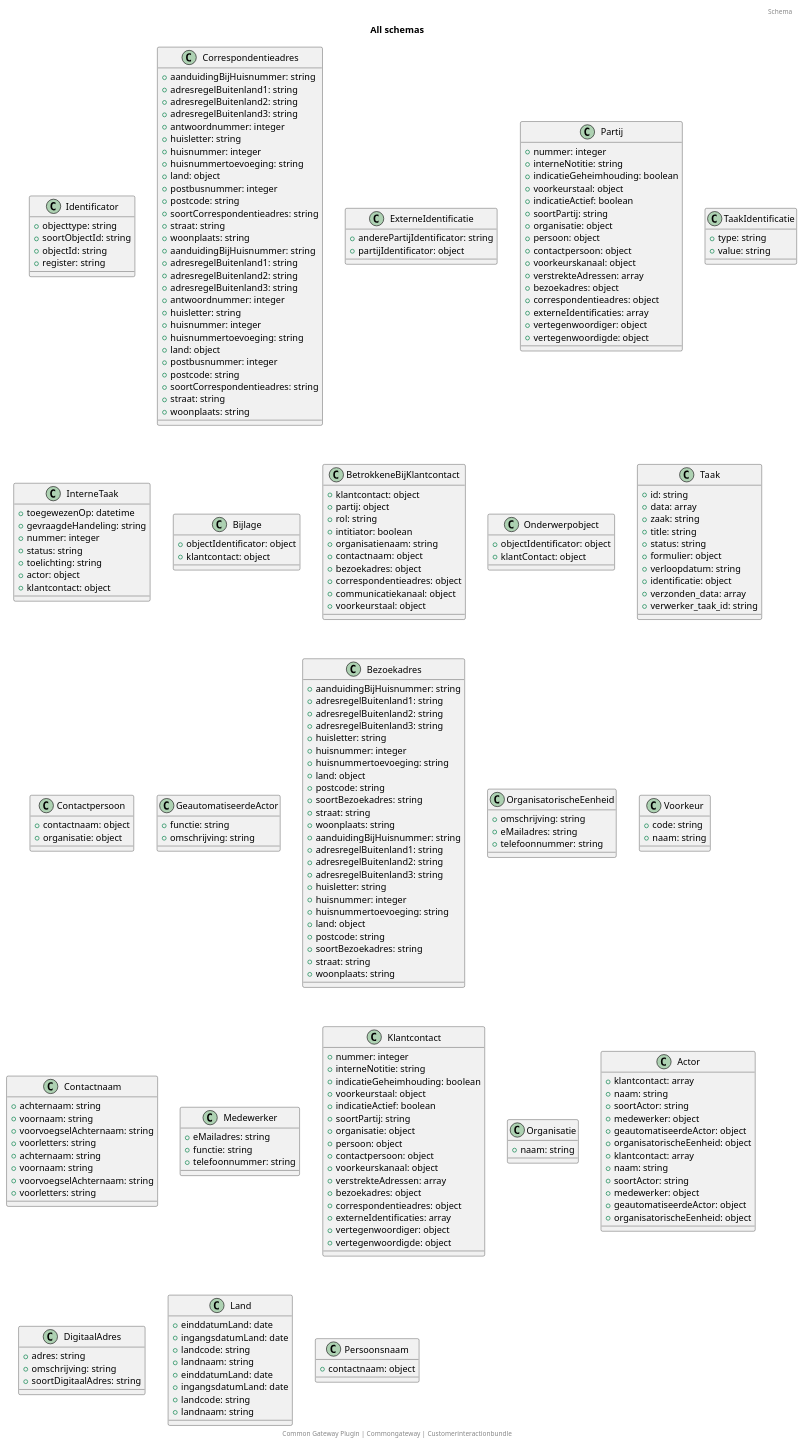
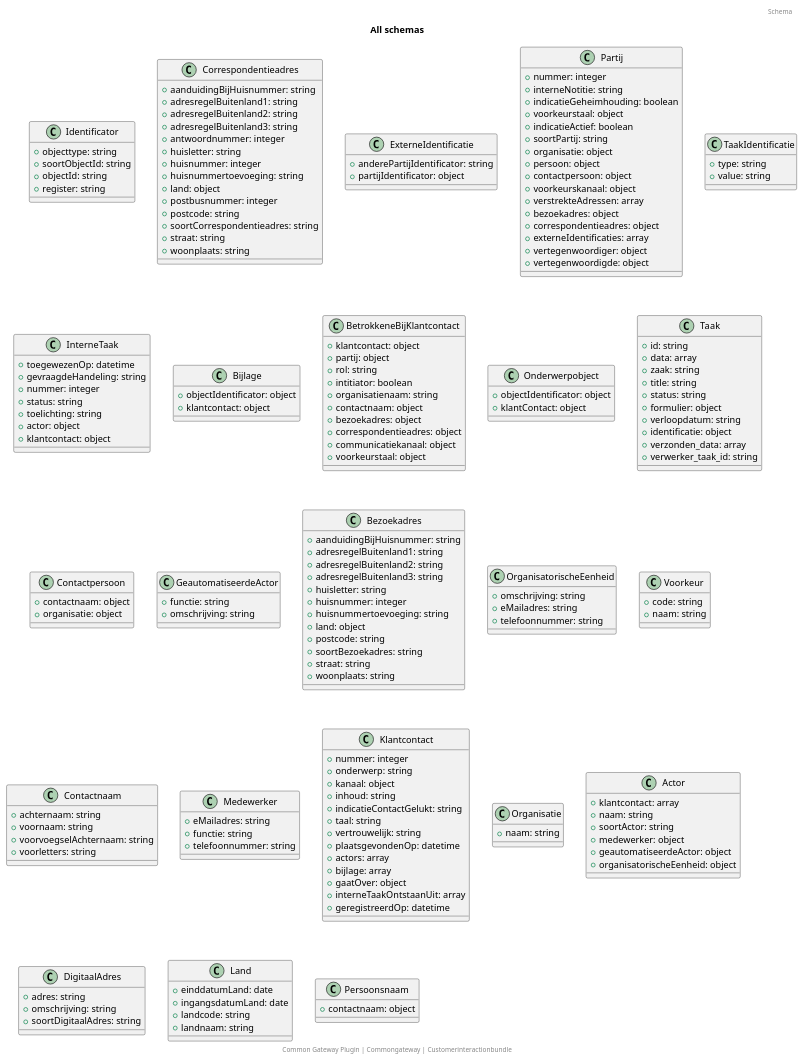
Before and after one commit to CommonGateway/CustomerInteractionBundle: the diagram in docs/schema/all_schema_classes.puml, drawn with PlantUML.

Commit message:
Add generated puml,svg,md and README files based on plugin installation files

```diff
--- a/docs/schema/all_schema_classes.puml
+++ b/docs/schema/all_schema_classes.puml
@@ -135,21 +135,18 @@
 }
 class Klantcontact {
   + nummer: integer
-  + interneNotitie: string
-  + indicatieGeheimhouding: boolean
-  + voorkeurstaal: object
-  + indicatieActief: boolean
-  + soortPartij: string
-  + organisatie: object
-  + persoon: object
-  + contactpersoon: object
-  + voorkeurskanaal: object
-  + verstrekteAdressen: array
-  + bezoekadres: object
-  + correspondentieadres: object
-  + externeIdentificaties: array
-  + vertegenwoordiger: object
-  + vertegenwoordigde: object
+  + onderwerp: string
+  + kanaal: object
+  + inhoud: string
+  + indicatieContactGelukt: string
+  + taal: string
+  + vertrouwelijk: string
+  + plaatsgevondenOp: datetime
+  + actors: array
+  + bijlage: array
+  + gaatOver: object
+  + interneTaakOntstaanUit: array
+  + geregistreerdOp: datetime
 }
 class Organisatie {
   + naam: string
@@ -176,54 +173,4 @@
 class Persoonsnaam {
   + contactnaam: object
 }
-class Correspondentieadres {
-  + aanduidingBijHuisnummer: string
-  + adresregelBuitenland1: string
-  + adresregelBuitenland2: string
-  + adresregelBuitenland3: string
-  + antwoordnummer: integer
-  + huisletter: string
-  + huisnummer: integer
-  + huisnummertoevoeging: string
-  + land: object
-  + postbusnummer: integer
-  + postcode: string
-  + soortCorrespondentieadres: string
-  + straat: string
-  + woonplaats: string
-}
-class Actor {
-  + klantcontact: array
-  + naam: string
-  + soortActor: string
-  + medewerker: object
-  + geautomatiseerdeActor: object
-  + organisatorischeEenheid: object
-}
-class Contactnaam {
-  + achternaam: string
-  + voornaam: string
-  + voorvoegselAchternaam: string
-  + voorletters: string
-}
-class Bezoekadres {
-  + aanduidingBijHuisnummer: string
-  + adresregelBuitenland1: string
-  + adresregelBuitenland2: string
-  + adresregelBuitenland3: string
-  + huisletter: string
-  + huisnummer: integer
-  + huisnummertoevoeging: string
-  + land: object
-  + postcode: string
-  + soortBezoekadres: string
-  + straat: string
-  + woonplaats: string
-}
-class Land {
-  + einddatumLand: date
-  + ingangsdatumLand: date
-  + landcode: string
-  + landnaam: string
-}
 @enduml
```
